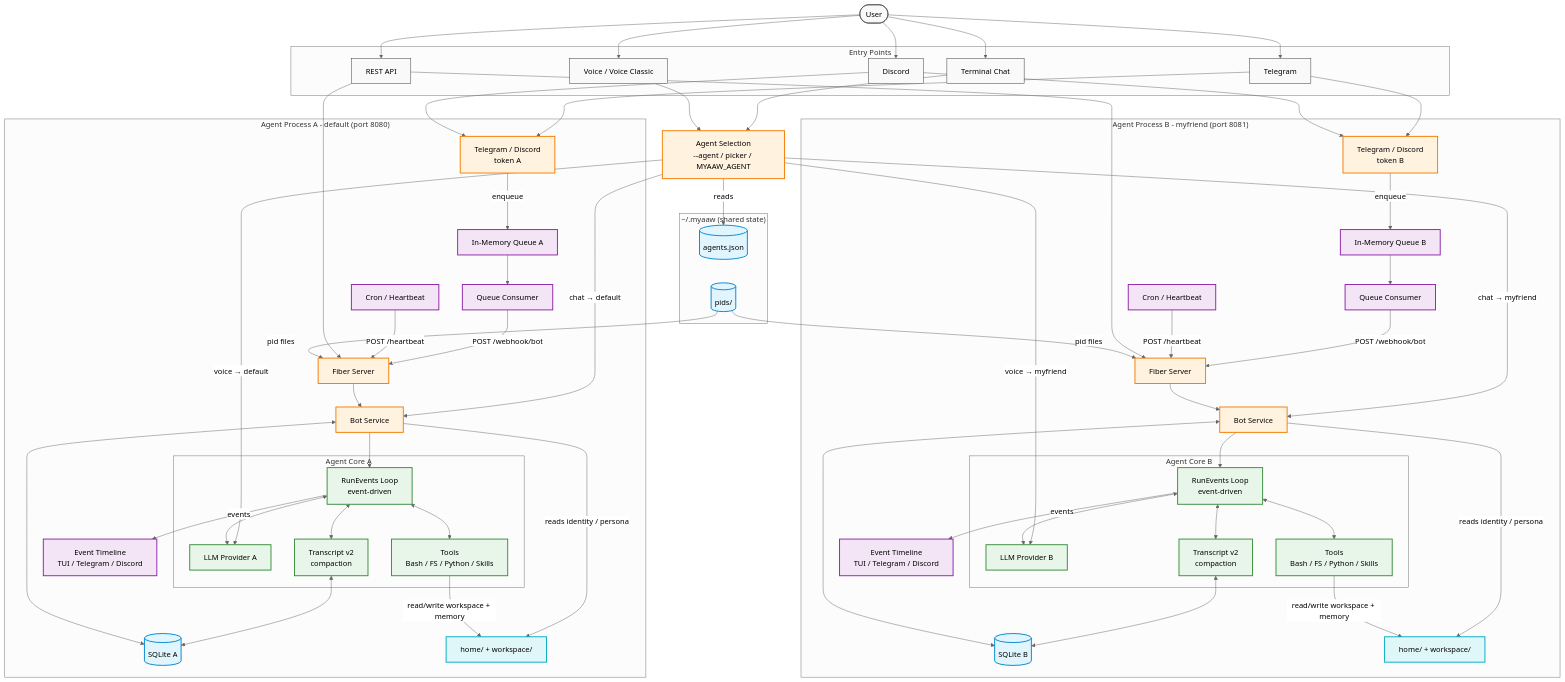
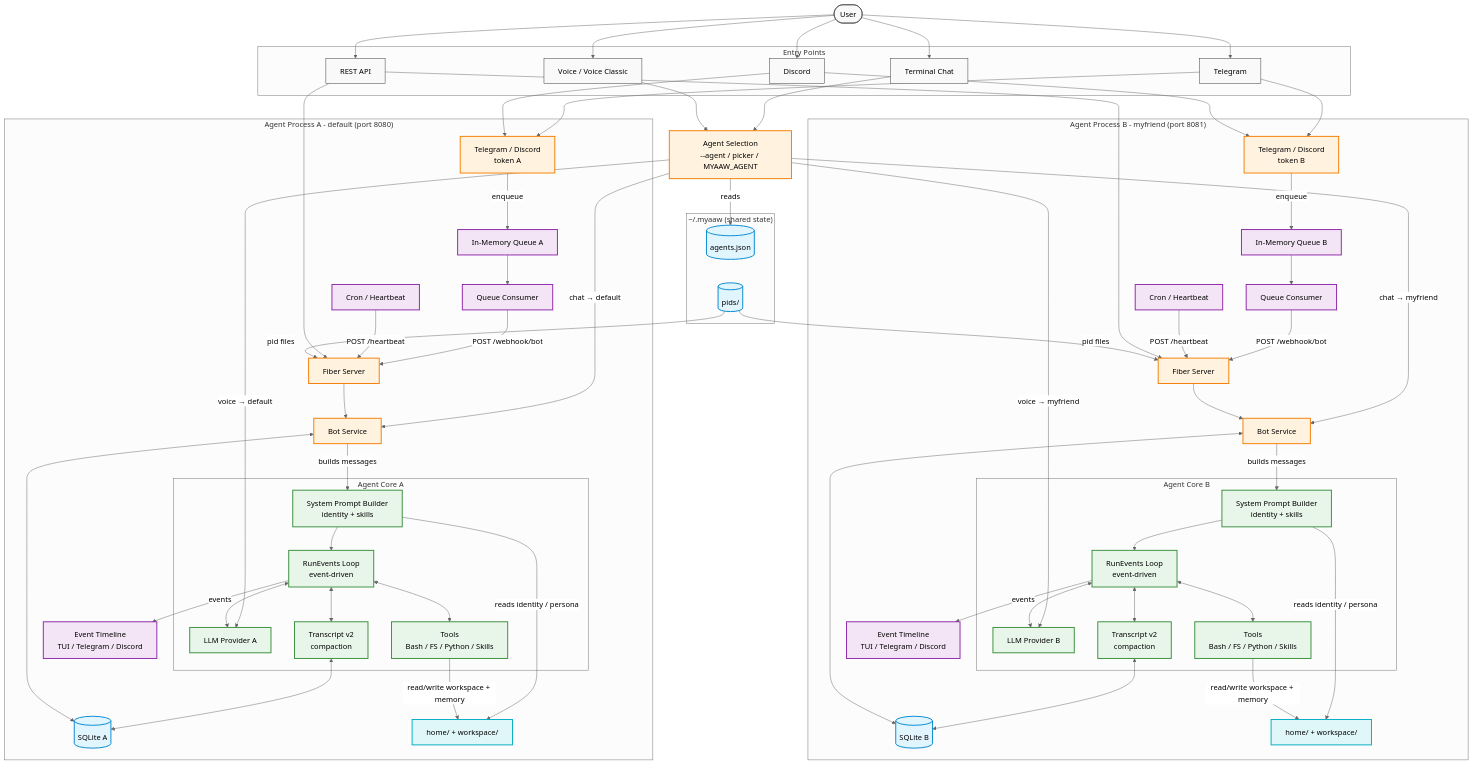
The diagram in README.md (Shiyinq/myaaw), drawn with Mermaid (neutral theme) before and after one commit. The commit also changed other lines of this file, not shown here.

Commit message:
docs: move system prompt building into agent core

````diff
--- a/README.md
+++ b/README.md
@@ -103,6 +103,7 @@
         UI_A[Event Timeline<br/>TUI / Telegram / Discord]
 
         subgraph "Agent Core A"
+            SP_A[System Prompt Builder<br/>identity + skills]
             LOOP_A[RunEvents Loop<br/>event-driven]
             TRANS_A[Transcript v2<br/>compaction]
             TOOL_A[Tools<br/>Bash / FS / Python / Skills]
@@ -114,13 +115,14 @@
         CONSUMER_A -- "POST /webhook/bot" --> SRV_A
         CRON_A -- "POST /heartbeat" --> SRV_A
         SRV_A --> BOT_A
-        BOT_A --> LOOP_A
+        BOT_A -- "builds messages" --> SP_A
+        SP_A --> LOOP_A
         LOOP_A <--> TRANS_A
         TRANS_A <--> DB_A
         LOOP_A <--> TOOL_A
         LOOP_A <--> PROV_A
         BOT_A <--> DB_A
-        BOT_A -- "reads identity / persona" --> HOME_A
+        SP_A -- "reads identity / persona" --> HOME_A
         TOOL_A -- "read/write workspace + memory" --> HOME_A
         LOOP_A -- "events" --> UI_A
     end
@@ -137,6 +139,7 @@
         UI_B[Event Timeline<br/>TUI / Telegram / Discord]
 
         subgraph "Agent Core B"
+            SP_B[System Prompt Builder<br/>identity + skills]
             LOOP_B[RunEvents Loop<br/>event-driven]
             TRANS_B[Transcript v2<br/>compaction]
             TOOL_B[Tools<br/>Bash / FS / Python / Skills]
@@ -148,13 +151,14 @@
         CONSUMER_B -- "POST /webhook/bot" --> SRV_B
         CRON_B -- "POST /heartbeat" --> SRV_B
         SRV_B --> BOT_B
-        BOT_B --> LOOP_B
+        BOT_B -- "builds messages" --> SP_B
+        SP_B --> LOOP_B
         LOOP_B <--> TRANS_B
         TRANS_B <--> DB_B
         LOOP_B <--> TOOL_B
         LOOP_B <--> PROV_B
         BOT_B <--> DB_B
-        BOT_B -- "reads identity / persona" --> HOME_B
+        SP_B -- "reads identity / persona" --> HOME_B
         TOOL_B -- "read/write workspace + memory" --> HOME_B
         LOOP_B -- "events" --> UI_B
     end
@@ -180,7 +184,7 @@
 
     class REG,PIDS,DB_A,DB_B storage;
     class SEL,CH_A,CH_B,SRV_A,SRV_B,BOT_A,BOT_B core;
-    class LOOP_A,LOOP_B,TRANS_A,TRANS_B,TOOL_A,TOOL_B,PROV_A,PROV_B agent;
+    class LOOP_A,LOOP_B,TRANS_A,TRANS_B,TOOL_A,TOOL_B,PROV_A,PROV_B,SP_A,SP_B agent;
     class QUEUE_A,QUEUE_B,CONSUMER_A,CONSUMER_B,CRON_A,CRON_B,UI_A,UI_B auto;
     class HOME_A,HOME_B wksp;
 ```
````
